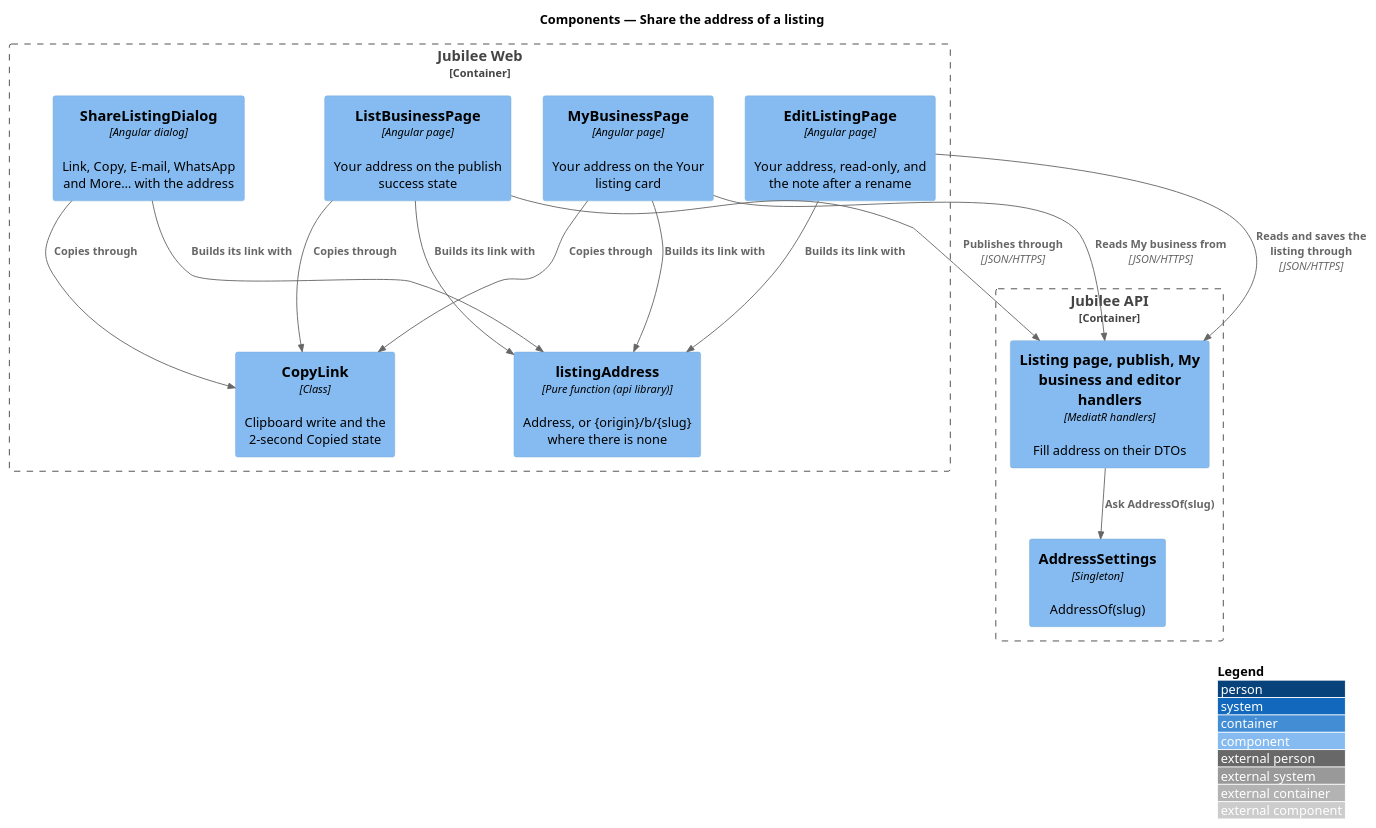
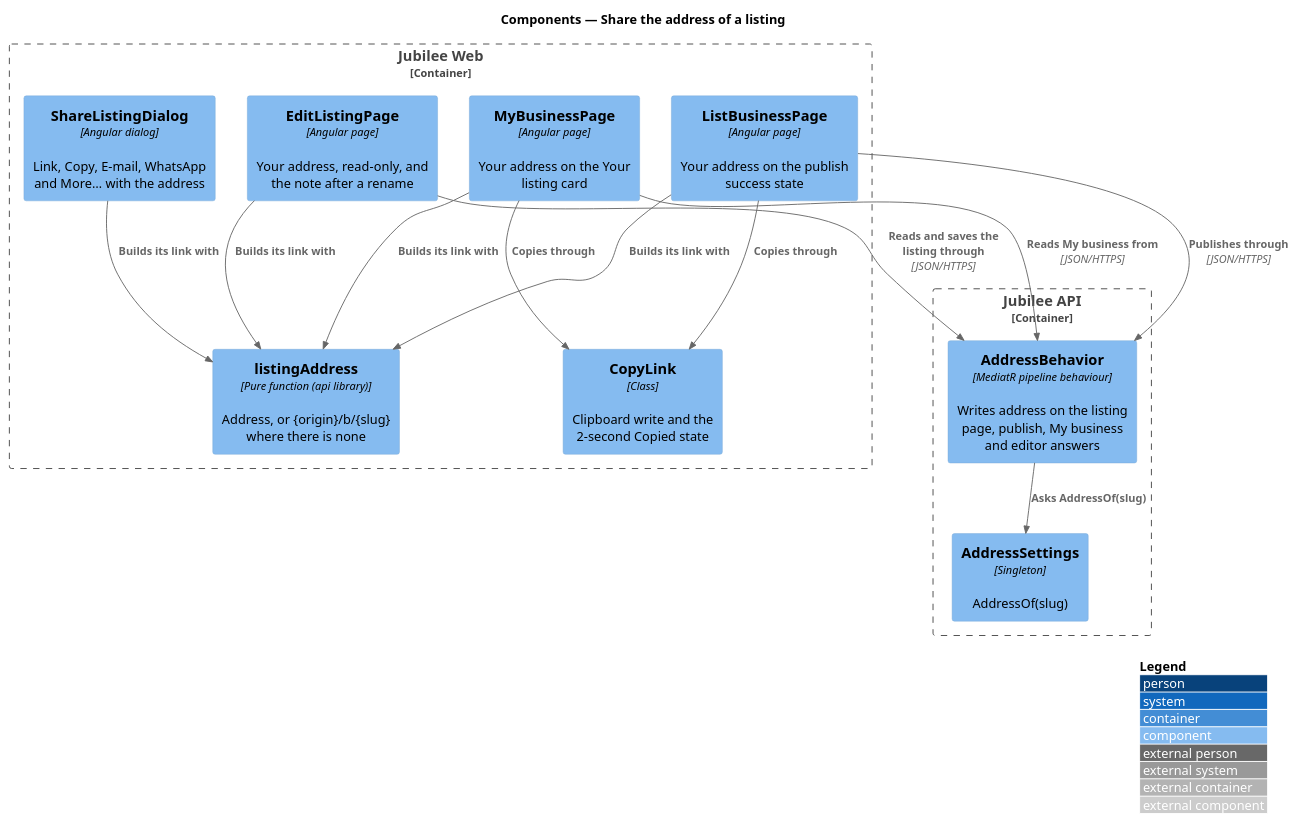
The diagram in docs/detailed-designs/listings/share-listing-address/diagrams/c4-component.puml (QuinntyneBrown/jubilee), drawn with PlantUML before and after one commit. The commit also changed 21 other files, not shown here.

First line of the commit message:
Refresh the recorded API answers with address; estimates and designs as built (ADR 0067)

```diff
--- a/docs/detailed-designs/listings/share-listing-address/diagrams/c4-component.puml
+++ b/docs/detailed-designs/listings/share-listing-address/diagrams/c4-component.puml
@@ -1,30 +1,29 @@
 @startuml
 !include <C4/C4_Component>
 LAYOUT_WITH_LEGEND()
 title Components — Share the address of a listing
 
 Container_Boundary(web, "Jubilee Web") {
   Component(share, "ShareListingDialog", "Angular dialog", "Link, Copy, E-mail, WhatsApp and More… with the address")
   Component(list, "ListBusinessPage", "Angular page", "Your address on the publish success state")
   Component(mine, "MyBusinessPage", "Angular page", "Your address on the Your listing card")
   Component(edit, "EditListingPage", "Angular page", "Your address, read-only, and the note after a rename")
   Component(helper, "listingAddress", "Pure function (api library)", "Address, or {origin}/b/{slug} where there is none")
   Component(copy, "CopyLink", "Class", "Clipboard write and the 2-second Copied state")
 }
 Container_Boundary(api, "Jubilee API") {
-  Component(handlers, "Listing page, publish, My business and editor handlers", "MediatR handlers", "Fill address on their DTOs")
+  Component(handlers, "AddressBehavior", "MediatR pipeline behaviour", "Writes address on the listing page, publish, My business and editor answers")
   Component(settings, "AddressSettings", "Singleton", "AddressOf(slug)")
 }
 
 Rel(share, helper, "Builds its link with")
 Rel(list, helper, "Builds its link with")
 Rel(mine, helper, "Builds its link with")
 Rel(edit, helper, "Builds its link with")
-Rel(share, copy, "Copies through")
 Rel(list, copy, "Copies through")
 Rel(mine, copy, "Copies through")
 Rel(list, handlers, "Publishes through", "JSON/HTTPS")
 Rel(mine, handlers, "Reads My business from", "JSON/HTTPS")
 Rel(edit, handlers, "Reads and saves the listing through", "JSON/HTTPS")
-Rel(handlers, settings, "Ask AddressOf(slug)")
+Rel(handlers, settings, "Asks AddressOf(slug)")
 @enduml
```
